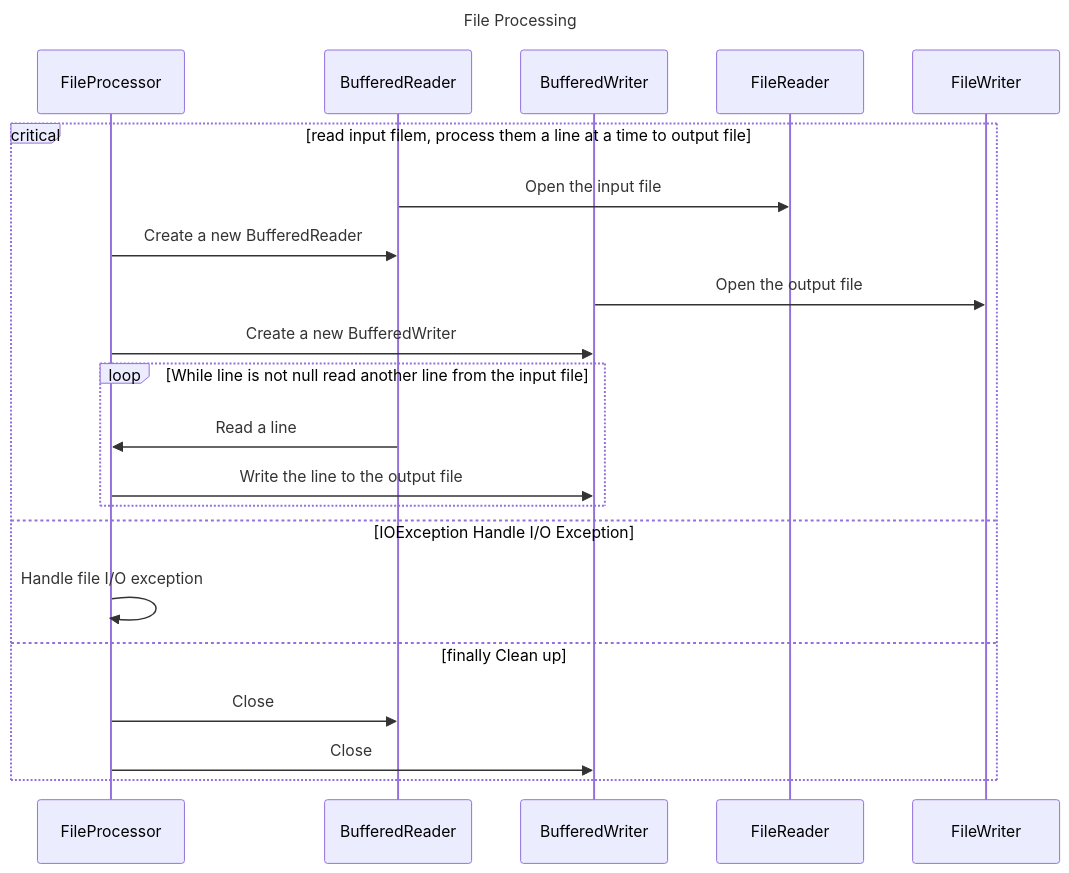
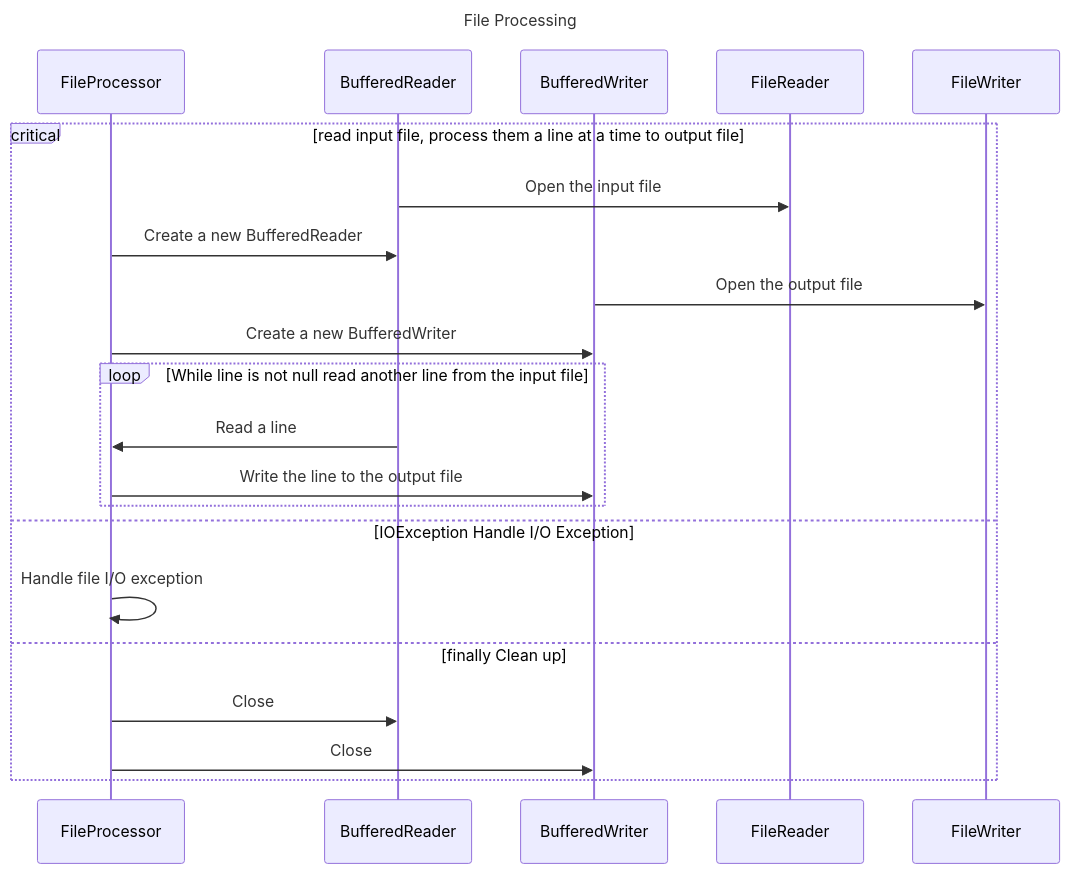
Before and after one commit to RichardHightower/docgen: the fifth of 10 diagrams in src/main/templates/methods/example.md, drawn with Mermaid. The commit also changed other lines of this file and 369 other files, not shown here.

````diff
--- a/src/main/templates/methods/example.md
+++ b/src/main/templates/methods/example.md
@@ -384,31 +256,30 @@
 ```mermaid
 ---
 title: File Processing
 ---
 sequenceDiagram
     participant FileProcessor
     participant BufferedReader
     participant BufferedWriter
     participant FileReader
     participant FileWriter
 
-
-    critical read input filem, process them a line at a time to output file
+    critical read input file, process them a line at a time to output file
 
         BufferedReader ->> FileReader: Open the input file
         FileProcessor ->> BufferedReader: Create a new BufferedReader
         BufferedWriter ->> FileWriter: Open the output file
         FileProcessor ->> BufferedWriter: Create a new BufferedWriter
 
         loop While line is not null read another line from the input file
             BufferedReader ->> FileProcessor: Read a line
             FileProcessor ->> BufferedWriter: Write the line to the output file
         end
     option IOException Handle I/O Exception
         FileProcessor->>FileProcessor: Handle file I/O exception
     option finally Clean up
         FileProcessor->>BufferedReader: Close
         FileProcessor->>BufferedWriter: Close
     end
 
 ```
````
